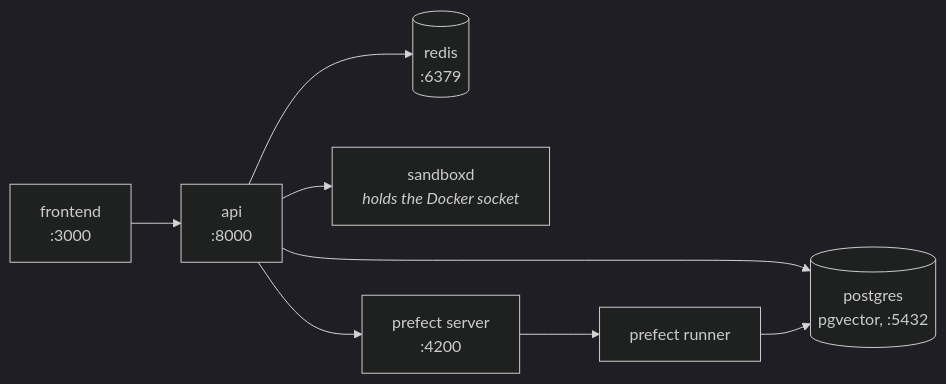
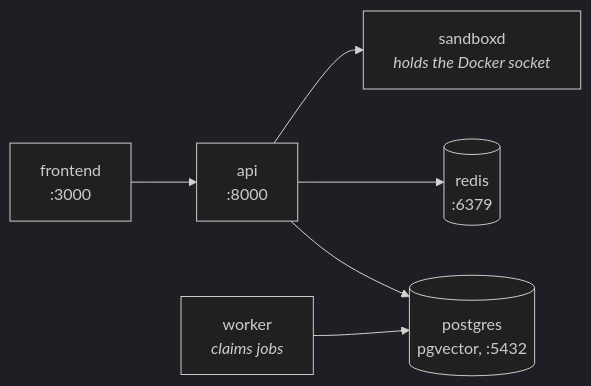
One commit to Creo-Digital-AS/agenticos changed the second of 2 diagrams in docs/install.de.md. Above: the diagram before and after it, drawn with Mermaid (dark theme). The commit also changed other lines of this file and 1301 other files, not shown here.

First line of the commit message:
feat(worker)!: replace Prefect with a background job queue in Postgres (#2248)

````diff
--- a/docs/install.de.md
+++ b/docs/install.de.md
@@ -141,10 +139,8 @@
 ```mermaid
 flowchart LR
     F["frontend<br/>:3000"] --> A["api<br/>:8000"]
     A --> PG[("postgres<br/>pgvector, :5432")]
     A --> RD[("redis<br/>:6379")]
     A --> SD["sandboxd<br/><i>holds the Docker socket</i>"]
-    A --> PF["prefect server<br/>:4200"]
-    PF --> WK["prefect runner"]
-    WK --> PG
+    WK["worker<br/><i>claims jobs</i>"] --> PG
 ```
````
